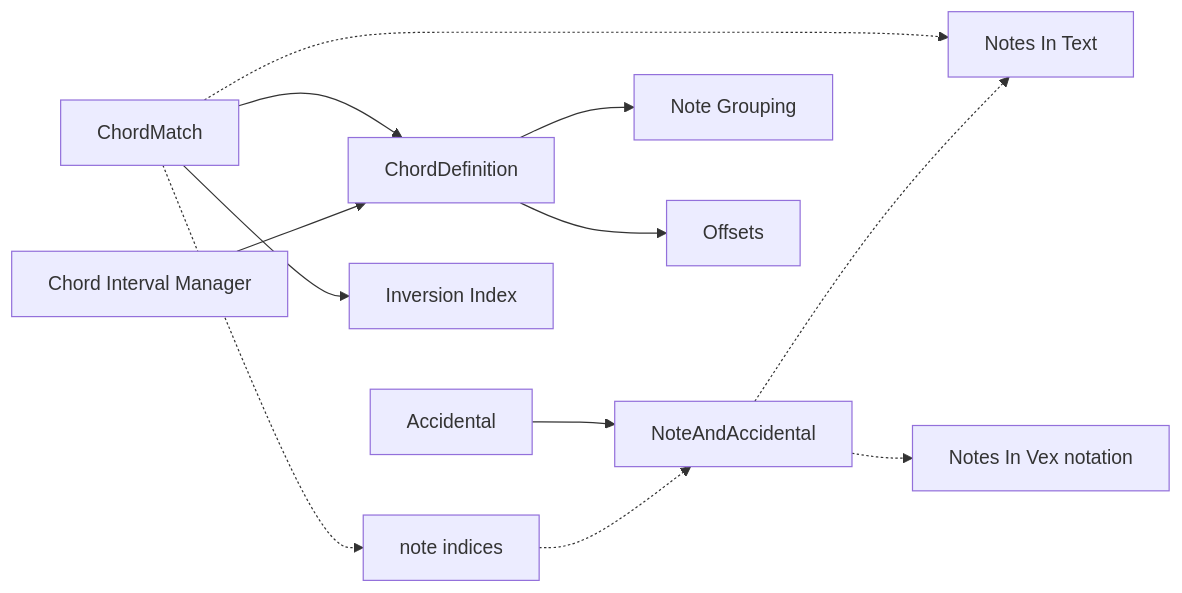
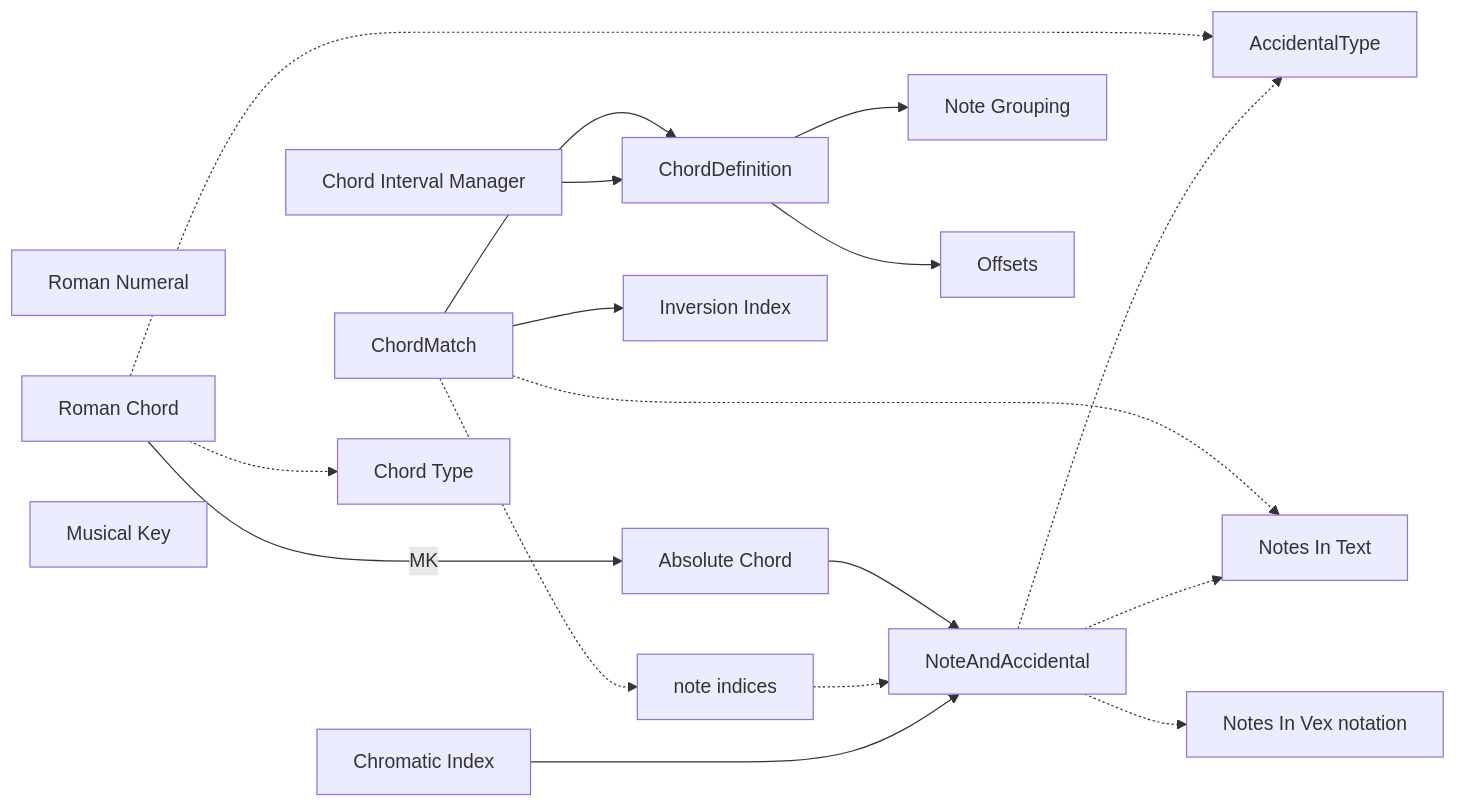
One commit to alekslovestech/chromatic-circle changed the diagram in docs/Representation.mmd. Above: the diagram before and after it, drawn with Mermaid.

Commit message:
diagram drafts

```diff
--- a/docs/Representation.mmd
+++ b/docs/Representation.mmd
@@ -1,25 +1,38 @@
 flowchart LR
 
 NI["note indices"]
 NA["NoteAndAccidental"]
 NT["Notes In Text"]
 NV["Notes In Vex notation"]
 CM["ChordMatch"]
 CD["ChordDefinition"]
 CIM["Chord Interval Manager"]
 II["Inversion Index"]
 NG["Note Grouping"]
 OI["Offsets"]
-AC["Accidental"]
+AT["AccidentalType"]
+RN["Roman Numeral"]
+RC["Roman Chord"]
+AC["Absolute Chord"]
+MK["Musical Key"]
+CI["Chromatic Index"]
+CT["Chord Type"]
 
 AC --> NA
 CM --> CD  
 CD --> NG
 CD --> OI
 CIM --> CD
 CM -.-> NT
 CM -.-> NI
 CM --> II
 NI -.-> NA 
 NA -.-> NT 
 NA -.-> NV 
+
+RC -.-> CT
+RC -.-> AT
+RC --->|MK| AC
+
+CI ---> NA
+NA -.-> AT
```
